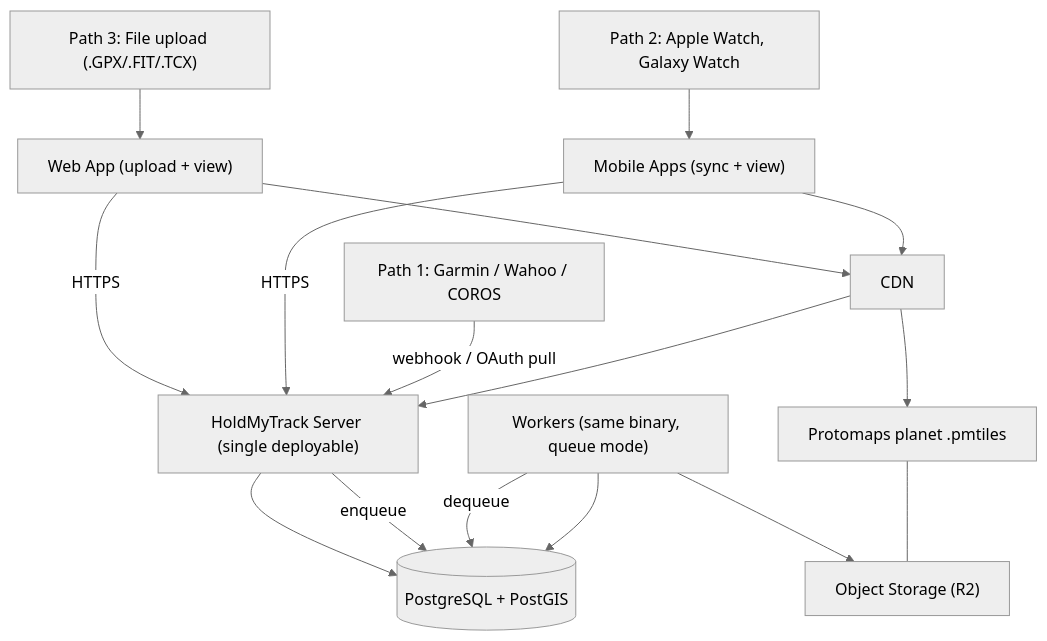
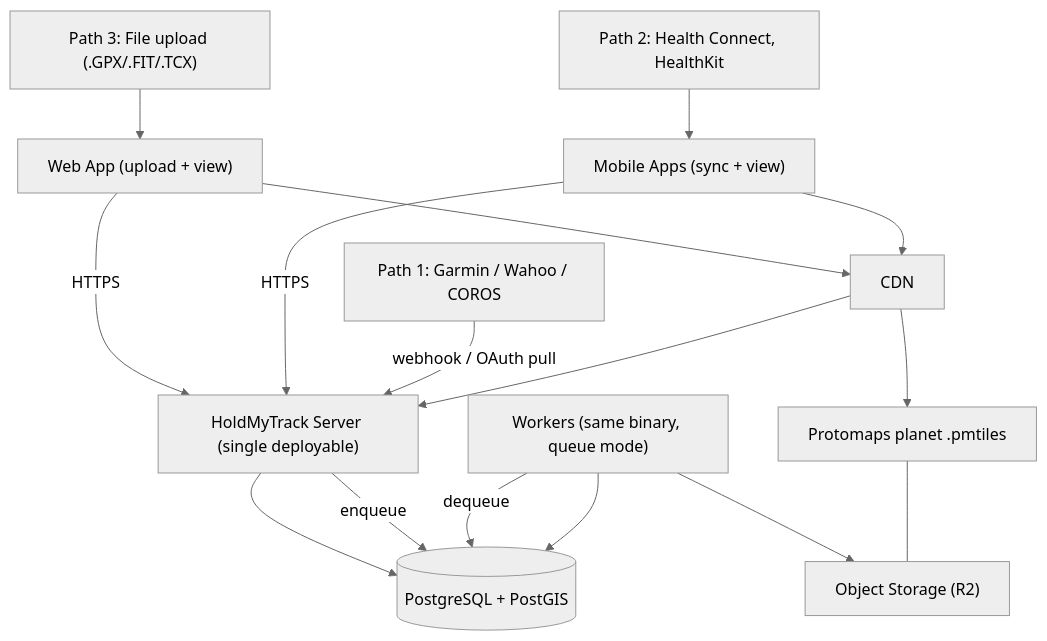
One commit to HoldMyTrack/holdmytrack changed the diagram in docs/ARCHITECTURE.md. Above: the diagram before and after it, drawn with Mermaid (neutral theme). The commit also changed other lines of this file and 26 other files, not shown here.

````diff
--- a/docs/ARCHITECTURE.md
+++ b/docs/ARCHITECTURE.md
@@ -32,31 +32,31 @@
 ```mermaid
 graph TD
     Files["Path 3: File upload (.GPX/.FIT/.TCX)"]
     Cloud["Path 1: Garmin / Wahoo / COROS"]
-    Device["Path 2: Apple Watch, Galaxy Watch"]
+    Device["Path 2: Health Connect, HealthKit"]
 
     Web["Web App (upload + view)"]
     Mobile["Mobile Apps (sync + view)"]
     Api["HoldMyTrack Server (single deployable)"]
     Worker["Workers (same binary, queue mode)"]
     CDN["CDN"]
     Basemap["Protomaps planet .pmtiles"]
     Store["Object Storage (R2)"]
     PG[("PostgreSQL + PostGIS")]
 
     Files --> Web
     Device --> Mobile
     Web -->|HTTPS| Api
     Mobile -->|HTTPS| Api
     Cloud -->|webhook / OAuth pull| Api
     Web --> CDN
     Mobile --> CDN
     CDN --> Api
     CDN --> Basemap
     Api --> PG
     Api -->|enqueue| PG
     Worker -->|dequeue| PG
     Worker --> Store
     Worker --> PG
     Basemap --- Store
 ```
````
